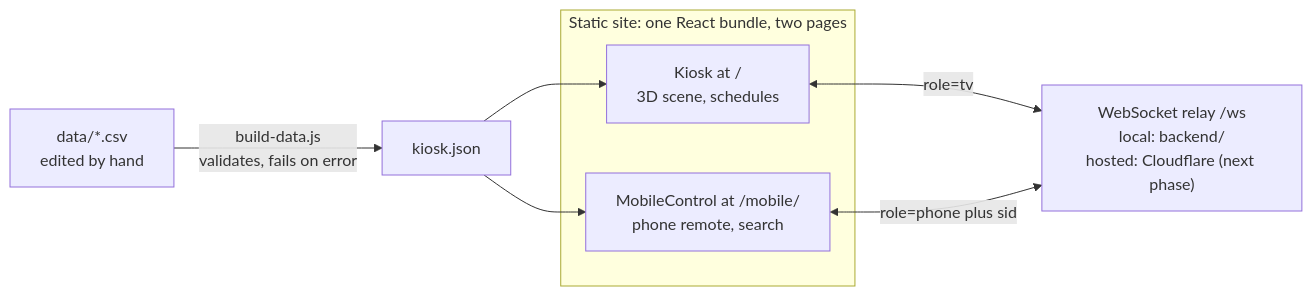
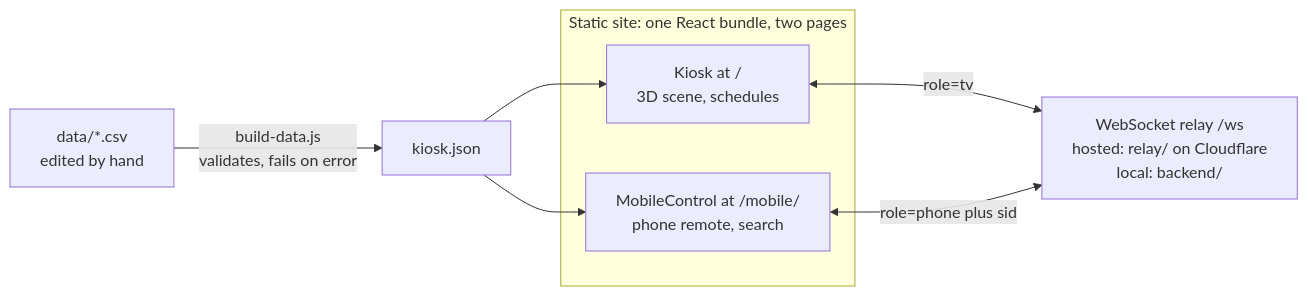
Before and after one commit to hadziq/IF-Kiosk: the first of 2 diagrams in README.md, drawn with Mermaid. The commit also changed other lines of this file and 11 other files, not shown here.

````diff
--- a/README.md
+++ b/README.md
@@ -36,16 +36,16 @@
 ```mermaid
 flowchart LR
     csv["data/*.csv<br/>edited by hand"] -->|"build-data.js<br/>validates, fails on error"| json["kiosk.json"]
 
     subgraph site["Static site: one React bundle, two pages"]
         kiosk["Kiosk at /<br/>3D scene, schedules"]
         mobile["MobileControl at /mobile/<br/>phone remote, search"]
     end
 
     json --> kiosk
     json --> mobile
 
-    relay["WebSocket relay /ws<br/>local: backend/<br/>hosted: Cloudflare (next phase)"]
+    relay["WebSocket relay /ws<br/>hosted: relay/ on Cloudflare<br/>local: backend/"]
     kiosk <-->|"role=tv"| relay
     mobile <-->|"role=phone plus sid"| relay
 ```
````
